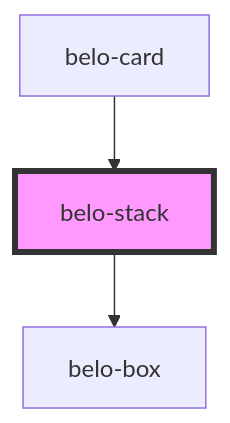
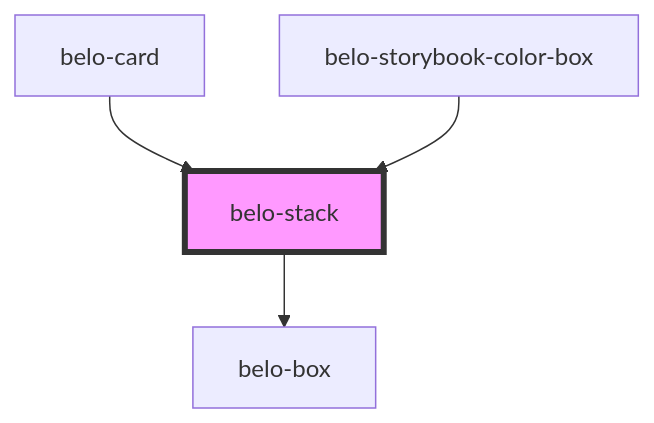
Before and after one commit to KonstantinBelenko/Belo: the diagram in src/components/belo-stack/readme.md, drawn with Mermaid. The commit also changed other lines of this file and 14 other files, not shown here.

````diff
--- a/src/components/belo-stack/readme.md
+++ b/src/components/belo-stack/readme.md
@@ -27,6 +28,7 @@
 ```mermaid
 graph TD;
   belo-stack --> belo-box
   belo-card --> belo-stack
+  belo-storybook-color-box --> belo-stack
   style belo-stack fill:#f9f,stroke:#333,stroke-width:4px
 ```
````
